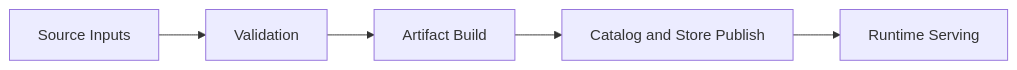
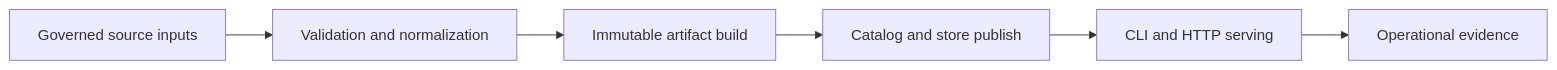
One commit to bijux/bijux-atlas changed the diagram in docs/index.md. Above: the diagram before and after it, drawn with Mermaid. The commit also changed other lines of this file, not shown here.

````diff
--- a/docs/index.md
+++ b/docs/index.md
@@ -42,7 +46,8 @@
 ```mermaid
 flowchart LR
-    source[Source Inputs] --> validate[Validation]
-    validate --> build[Artifact Build]
-    build --> publish[Catalog and Store Publish]
-    publish --> serve[Runtime Serving]
+    source[Governed source inputs] --> validate[Validation and normalization]
+    validate --> build[Immutable artifact build]
+    build --> publish[Catalog and store publish]
+    publish --> serve[CLI and HTTP serving]
+    serve --> observe[Operational evidence]
 ```
````
